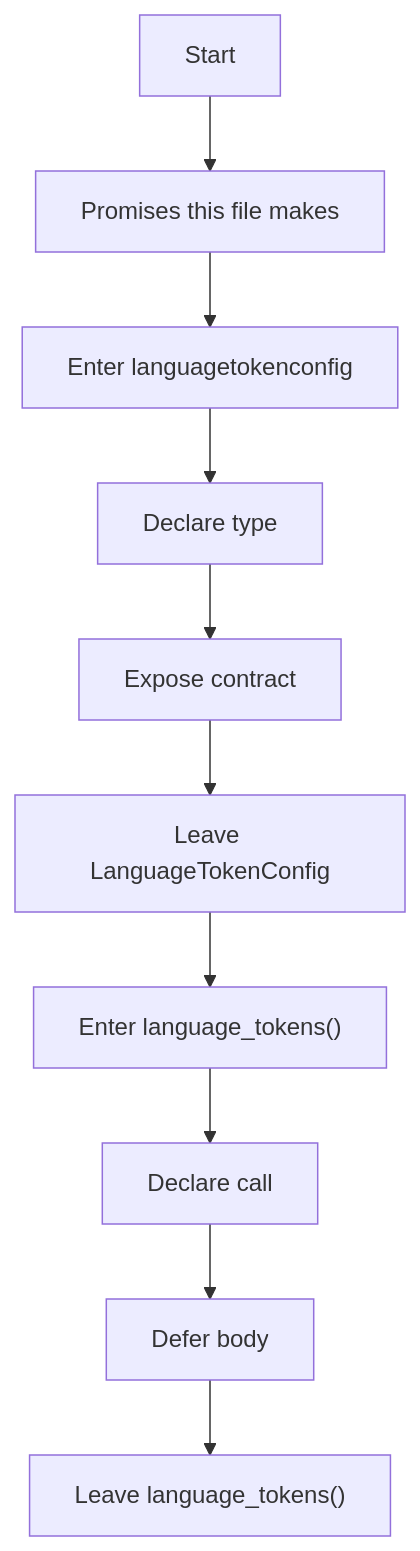
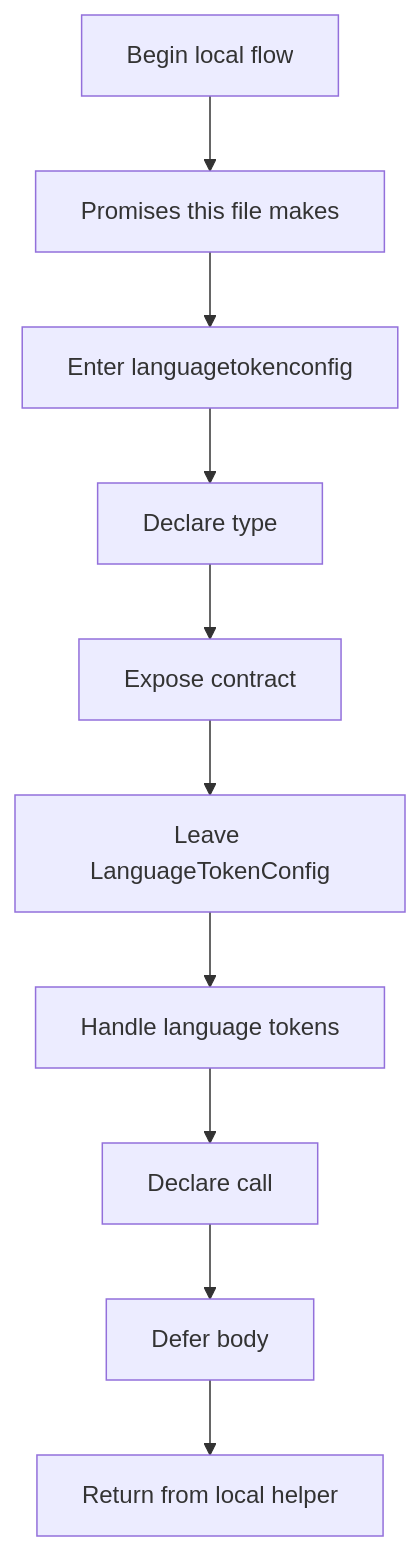
One commit to JohnAndrewBalbarosa/NeoTerritory changed the first of 5 diagrams in docs/Codebase/Microservice/Modules/Header/SyntacticBrokenAST/Analysis/Lexical/language_tokens.hpp.md. Above: the diagram before and after it, drawn with Mermaid. The commit also changed other lines of this file and 925 other files, not shown here.

````diff
--- a/docs/Codebase/Microservice/Modules/Header/SyntacticBrokenAST/Analysis/Lexical/language_tokens.hpp.md
+++ b/docs/Codebase/Microservice/Modules/Header/SyntacticBrokenAST/Analysis/Lexical/language_tokens.hpp.md
@@ -30,22 +29,22 @@
 ```mermaid
 flowchart TD
-    N0["Start"]
+    N0["Begin local flow"]
     N1["Promises this file makes"]
     N2["Enter languagetokenconfig"]
     N3["Declare type"]
     N4["Expose contract"]
     N5["Leave LanguageTokenConfig"]
-    N6["Enter language_tokens()"]
+    N6["Handle language tokens"]
     N7["Declare call"]
     N8["Defer body"]
-    N9["Leave language_tokens()"]
+    N9["Return from local helper"]
     N0 --> N1
     N1 --> N2
     N2 --> N3
     N3 --> N4
     N4 --> N5
     N5 --> N6
     N6 --> N7
     N7 --> N8
     N8 --> N9
 ```
````
